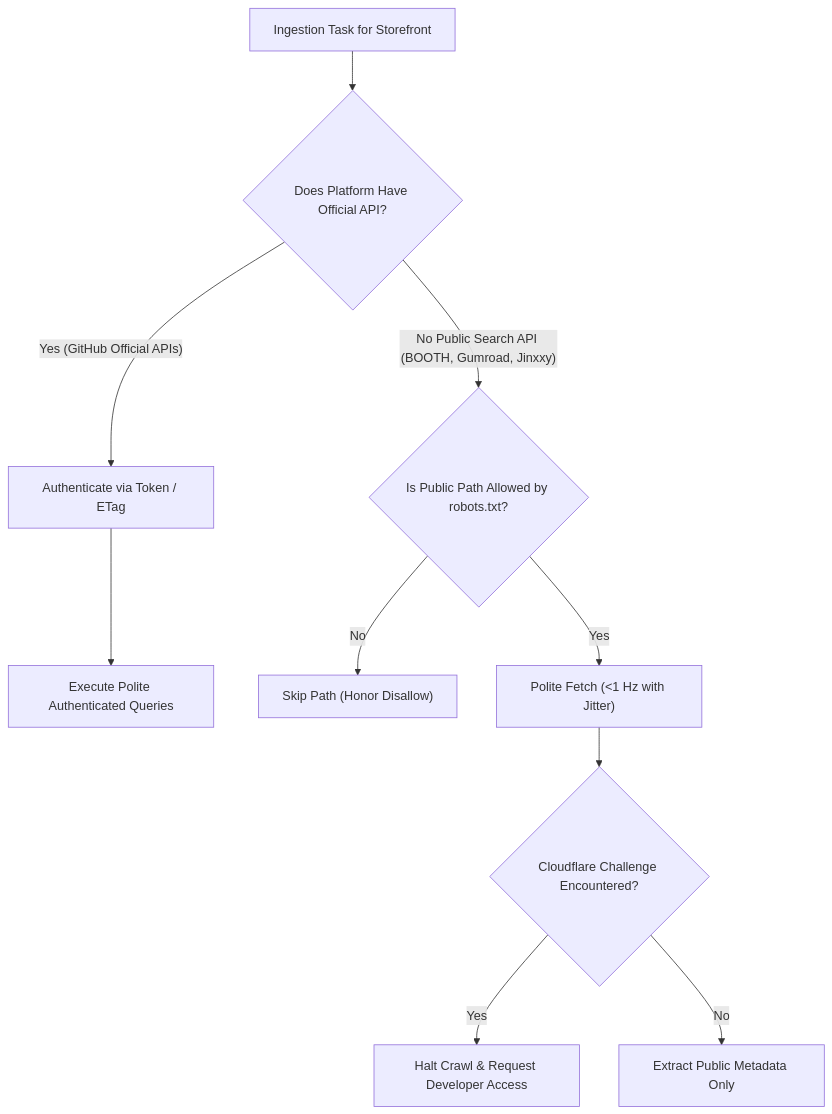
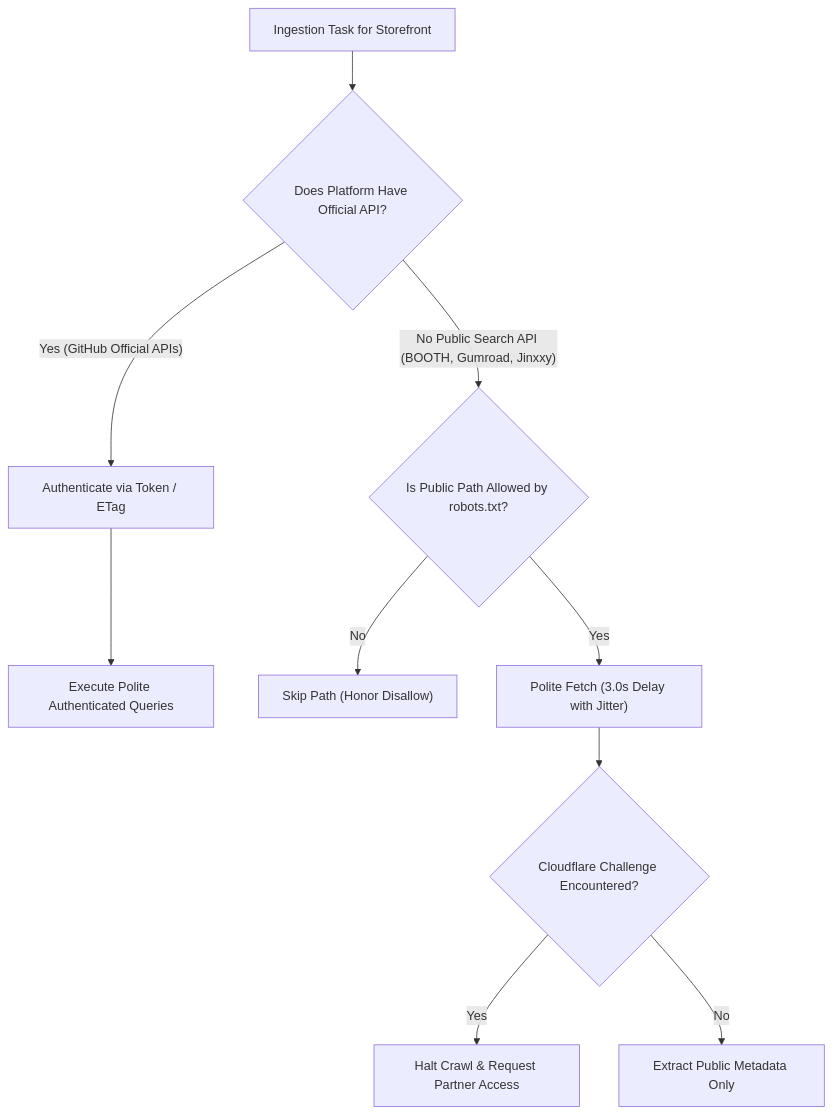
The third of 3 diagrams in docs/topics/04_anti_bot_perimeter_and_api_first.md (SlamTheDragon/vrc-package-crawler), drawn with Mermaid before and after one commit. The commit also changed other lines of this file and 18 other files, not shown here.

````diff
--- a/docs/topics/04_anti_bot_perimeter_and_api_first.md
+++ b/docs/topics/04_anti_bot_perimeter_and_api_first.md
@@ -96,12 +113,12 @@
 ```mermaid
 flowchart TD
     Start["Ingestion Task for Storefront"] --> CheckAPI{"Does Platform Have Official API?"}
     CheckAPI -- "Yes (GitHub Official APIs)" --> RegisterAPI["Authenticate via Token / ETag"]
     RegisterAPI --> RunAPI["Execute Polite Authenticated Queries"]
     CheckAPI -- "No Public Search API (BOOTH, Gumroad, Jinxxy)" --> CheckRobots{"Is Public Path Allowed by robots.txt?"}
     CheckRobots -- "No" --> Drop["Skip Path (Honor Disallow)"]
-    CheckRobots -- "Yes" --> FetchPolite["Polite Fetch (<1 Hz with Jitter)"]
+    CheckRobots -- "Yes" --> FetchPolite["Polite Fetch (3.0s Delay with Jitter)"]
     FetchPolite --> DetectChallenge{"Cloudflare Challenge Encountered?"}
-    DetectChallenge -- "Yes" --> Cease["Halt Crawl & Request Developer Access"]
+    DetectChallenge -- "Yes" --> Cease["Halt Crawl & Request Partner Access"]
     DetectChallenge -- "No" --> Extract["Extract Public Metadata Only"]
 ```
````
